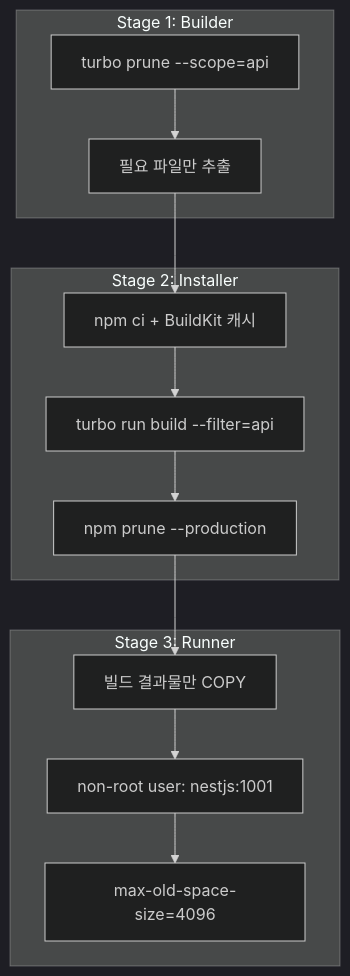
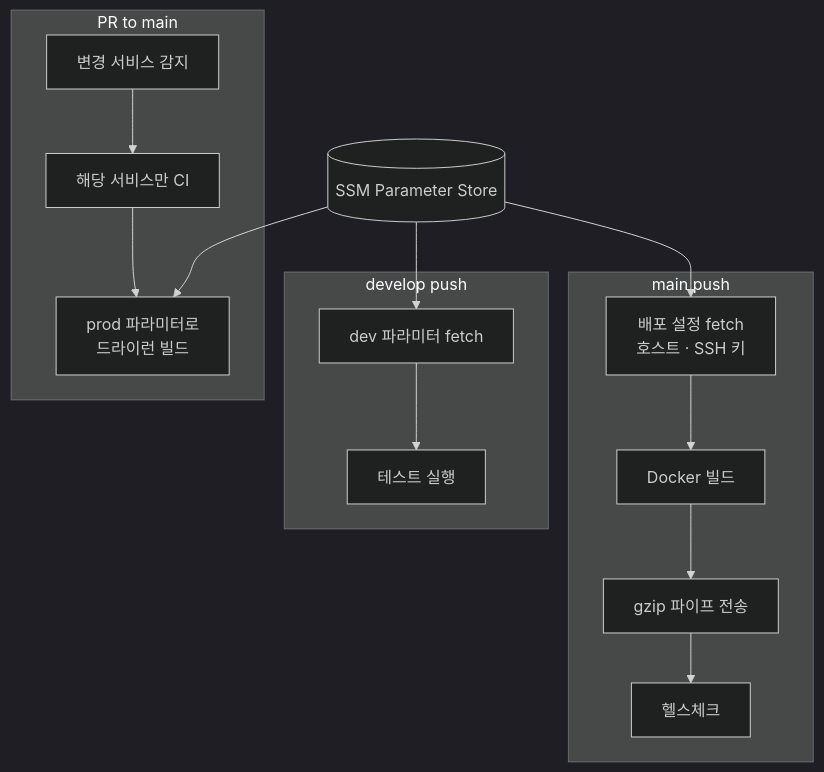
The second of 2 diagrams in data/content/notes/fingoo-ssm-deploy.md (genie49/genie-cv), drawn with Mermaid (dark theme) before and after one commit. The commit also changed other lines of this file and 9 other files, not shown here.

````diff
--- a/data/content/notes/fingoo-ssm-deploy.md
+++ b/data/content/notes/fingoo-ssm-deploy.md
@@ -158,18 +60,23 @@
 ```mermaid
 flowchart TB
-    subgraph "Stage 1: Builder"
-        S1A[turbo prune --scope=api] --> S1B[필요 파일만 추출]
+    SSM[(SSM Parameter Store)]
+
+    subgraph "develop push"
+        D1[dev 파라미터 fetch] --> D2[테스트 실행]
     end
 
-    subgraph "Stage 2: Installer"
-        S1B --> S2A[npm ci + BuildKit 캐시]
-        S2A --> S2B[turbo run build --filter=api]
-        S2B --> S2C[npm prune --production]
+    subgraph "PR to main"
+        P1[변경 서비스 감지] --> P2[해당 서비스만 CI]
+        P2 --> P3[prod 파라미터로<br/>드라이런 빌드]
     end
 
-    subgraph "Stage 3: Runner"
-        S2C --> S3A[빌드 결과물만 COPY]
-        S3A --> S3B[non-root user: nestjs:1001]
-        S3B --> S3C[max-old-space-size=4096]
+    subgraph "main push"
+        M1[배포 설정 fetch<br/>호스트 · SSH 키] --> M2[Docker 빌드]
+        M2 --> M3[gzip 파이프 전송]
+        M3 --> M4[헬스체크]
     end
+
+    SSM --> D1
+    SSM --> P3
+    SSM --> M1
 ```
````
